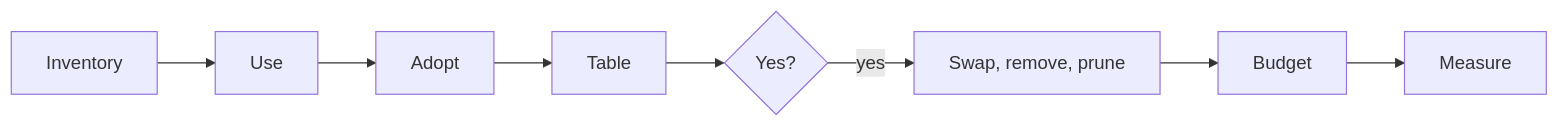
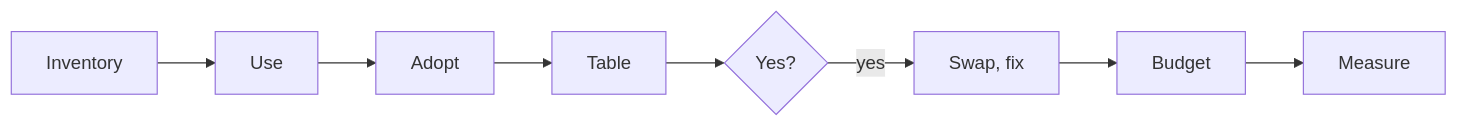
One commit to Colorado-Startups/claudius changed the diagram in plugin/skills/equip/SKILL.md. Above: the diagram before and after it, drawn with Mermaid. The commit also changed other lines of this file and 7 other files, not shown here.

````diff
--- a/plugin/skills/equip/SKILL.md
+++ b/plugin/skills/equip/SKILL.md
@@ -15,4 +17,4 @@
 ```mermaid
 flowchart LR
-  I[Inventory] --> U[Use] --> D[Adopt] --> T[Table] --> Y{Yes?} -->|yes| A[Swap, remove, prune] --> B[Budget] --> M[Measure]
+  I[Inventory] --> U[Use] --> D[Adopt] --> T[Table] --> Y{Yes?} -->|yes| A[Swap, fix] --> B[Budget] --> M[Measure]
 ```
````
